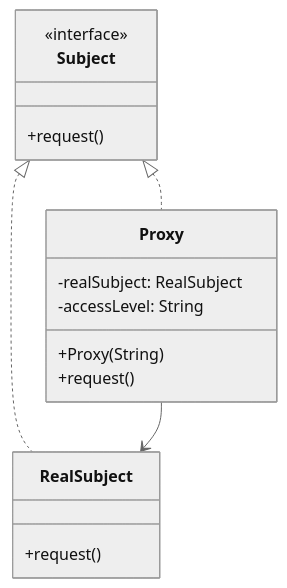
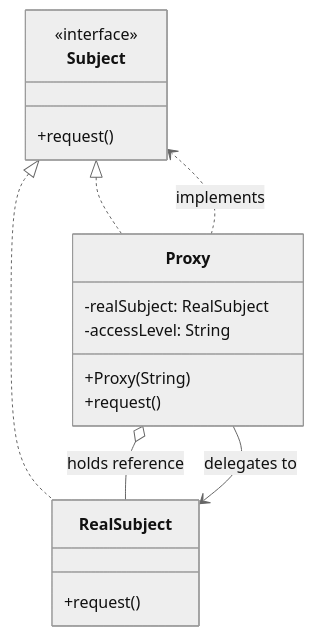
Before and after one commit to welldesignedsystem/welldesignedsystem.github.io: diagram 12 of 23 in content/english/blog/system_design/core_design_patterns.md, drawn with Mermaid (neutral theme). The commit also changed other lines of this file and 1 other file, not shown here.

````diff
--- a/content/english/blog/system_design/core_design_patterns.md
+++ b/content/english/blog/system_design/core_design_patterns.md
@@ -937,19 +955,21 @@
 ```mermaid
 classDiagram
     class Subject {
         <<interface>>
         +request()
     }
     class RealSubject {
         +request()
     }
     class Proxy {
         -realSubject: RealSubject
         -accessLevel: String
         +Proxy(String)
         +request()
     }
     Subject <|.. RealSubject
     Subject <|.. Proxy
-    Proxy --> RealSubject
+    Proxy o-- RealSubject : holds reference
+    Proxy --> RealSubject : delegates to
+    Proxy ..> Subject : implements
 ```
````
